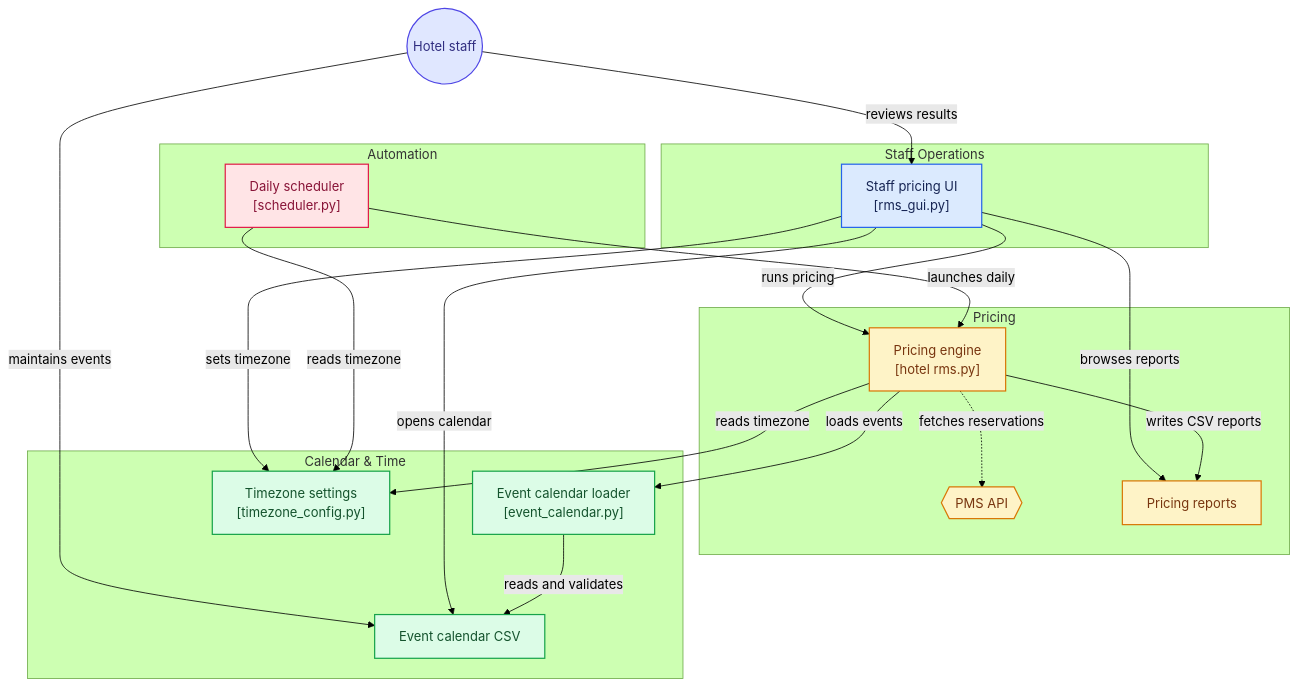
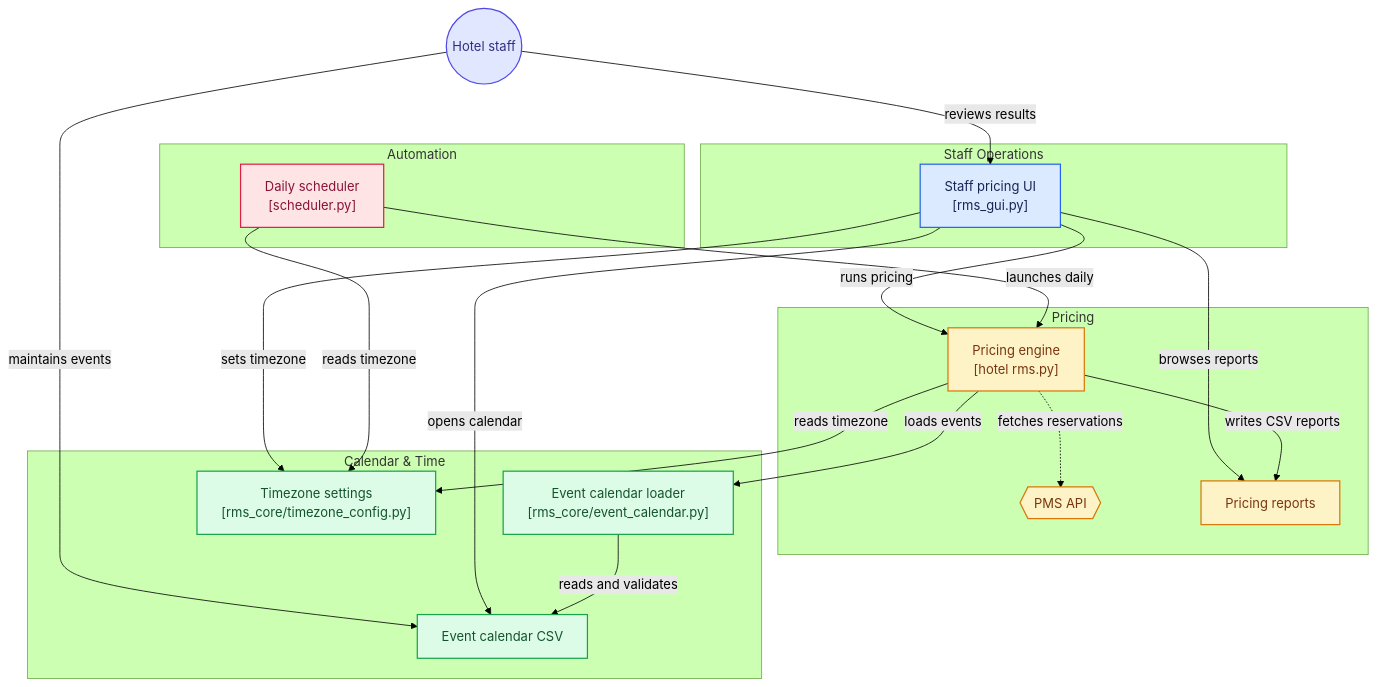
One commit to tonyxianyuan/Hotel-RMS-pricing-suggestion changed the diagram in README.md. Above: the diagram before and after it, drawn with Mermaid (forest theme). The commit also changed other lines of this file and 13 other files, not shown here.

First line of the commit message:
Reorganise modules into rms_core and move generated files to output/

````diff
--- a/README.md
+++ b/README.md
@@ -70,52 +77,51 @@
 ```mermaid
-%% Generated by https://gitdiagram.com/yuanxiangtong1-commits/hotel-rms-pricing-suggestion
 flowchart TD
 subgraph group_operations["Staff Operations"]
 node_ui["Staff pricing UI<br/>[rms_gui.py]"]
 end
 subgraph group_pricing["Pricing"]
 node_engine["Pricing engine<br/>[hotel rms.py]"]
 node_pms{{"PMS API"}}
 node_reports["Pricing reports"]
 end
 subgraph group_configuration["Calendar & Time"]
-node_calendar_loader["Event calendar loader<br/>[event_calendar.py]"]
+node_calendar_loader["Event calendar loader<br/>[rms_core/event_calendar.py]"]
 node_calendar["Event calendar CSV"]
-node_timezone["Timezone settings<br/>[timezone_config.py]"]
+node_timezone["Timezone settings<br/>[rms_core/timezone_config.py]"]
 end
 subgraph group_automation["Automation"]
 node_scheduler["Daily scheduler<br/>[scheduler.py]"]
 end
 node_staff(("Hotel staff"))
 node_staff -->|"reviews results"| node_ui
 node_staff -->|"maintains events"| node_calendar
 node_ui -->|"runs pricing"| node_engine
 node_ui -->|"browses reports"| node_reports
 node_ui -->|"opens calendar"| node_calendar
 node_ui -->|"sets timezone"| node_timezone
 node_engine -.->|"fetches reservations"| node_pms
 node_engine -->|"loads events"| node_calendar_loader
 node_calendar_loader -->|"reads and validates"| node_calendar
 node_engine -->|"reads timezone"| node_timezone
 node_engine -->|"writes CSV reports"| node_reports
 node_scheduler -->|"launches daily"| node_engine
 node_scheduler -->|"reads timezone"| node_timezone
 click node_engine "https://github.com/yuanxiangtong1-commits/hotel-rms-pricing-suggestion/blob/main/hotel%20rms.py"
-click node_calendar_loader "https://github.com/yuanxiangtong1-commits/hotel-rms-pricing-suggestion/blob/main/event_calendar.py"
+click node_calendar_loader "https://github.com/yuanxiangtong1-commits/hotel-rms-pricing-suggestion/blob/main/rms_core/event_calendar.py"
 click node_calendar "https://github.com/yuanxiangtong1-commits/hotel-rms-pricing-suggestion/blob/main/Public%20holidays.csv"
-click node_timezone "https://github.com/yuanxiangtong1-commits/hotel-rms-pricing-suggestion/blob/main/timezone_config.py"
+click node_timezone "https://github.com/yuanxiangtong1-commits/hotel-rms-pricing-suggestion/blob/main/rms_core/timezone_config.py"
 click node_ui "https://github.com/yuanxiangtong1-commits/hotel-rms-pricing-suggestion/blob/main/rms_gui.py"
 click node_scheduler "https://github.com/yuanxiangtong1-commits/hotel-rms-pricing-suggestion/blob/main/scheduler.py"
 classDef toneNeutral fill:#f8fafc,stroke:#334155,stroke-width:1.5px,color:#0f172a
 classDef toneBlue fill:#dbeafe,stroke:#2563eb,stroke-width:1.5px,color:#172554
 classDef toneAmber fill:#fef3c7,stroke:#d97706,stroke-width:1.5px,color:#78350f
 classDef toneMint fill:#dcfce7,stroke:#16a34a,stroke-width:1.5px,color:#14532d
 classDef toneRose fill:#ffe4e6,stroke:#e11d48,stroke-width:1.5px,color:#881337
 classDef toneIndigo fill:#e0e7ff,stroke:#4f46e5,stroke-width:1.5px,color:#312e81
 classDef toneTeal fill:#ccfbf1,stroke:#0f766e,stroke-width:1.5px,color:#134e4a
 class node_ui toneBlue
 class node_engine,node_pms,node_reports toneAmber
 class node_calendar_loader,node_calendar,node_timezone toneMint
 class node_scheduler toneRose
 class node_staff toneIndigo
 ```
````
